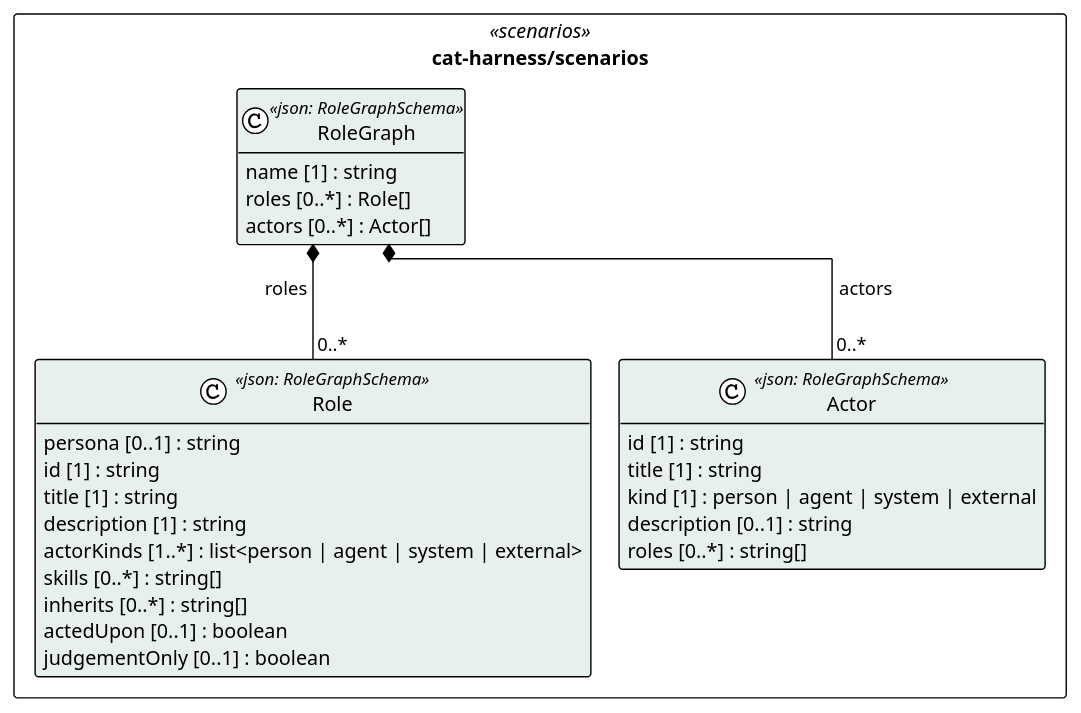
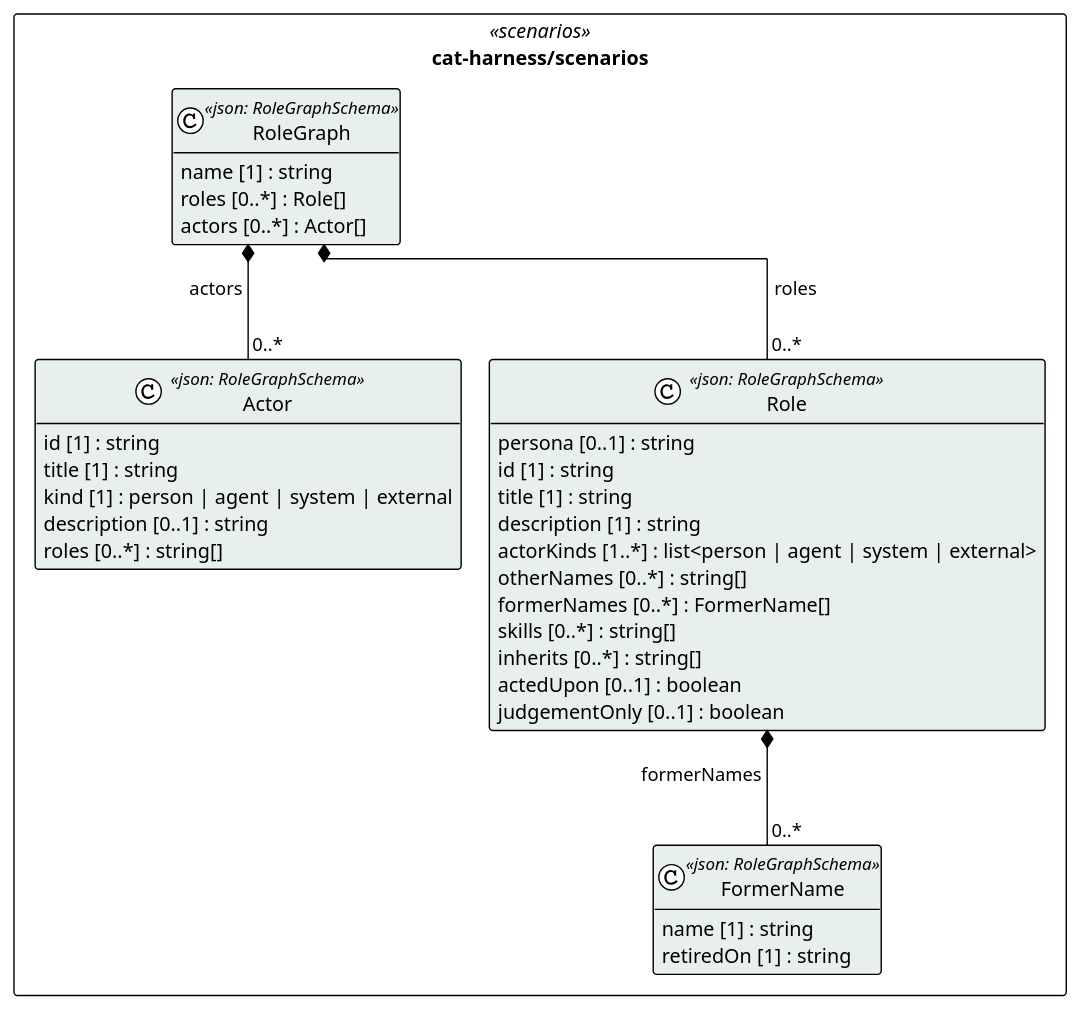
The diagram in cat-harness/uml/overview/cat-harness/scenarios.puml (litlfred/folio-assistant), drawn with PlantUML before and after one commit. The commit also changed 45 other files, not shown here.

First line of the commit message:
Roles carry their other and former names; bootstrap README shows them (owner, 2026-09-30)

```diff
--- a/cat-harness/uml/overview/cat-harness/scenarios.puml
+++ b/cat-harness/uml/overview/cat-harness/scenarios.puml
@@ -3,37 +3,44 @@
 @startuml cat_harness_scenarios
 !pragma layout elk
 !theme plain
 skinparam classAttributeIconSize 0
 skinparam shadowing false
 skinparam packageStyle rectangle
 hide empty methods
 
 package "cat-harness/scenarios" as pkg_cat_harness_scenarios <<scenarios>> {
+  class "FormerName" as cat_harness_scenarios_FormerName <<json: RoleGraphSchema>> #e8f0ee {
+    name [1] : string
+    retiredOn [1] : string
+  }
   class "Role" as cat_harness_scenarios_Role <<json: RoleGraphSchema>> #e8f0ee {
     persona [0..1] : string
     id [1] : string
     title [1] : string
     description [1] : string
     actorKinds [1..*] : list<person | agent | system | external>
+    otherNames [0..*] : string[]
+    formerNames [0..*] : FormerName[]
     skills [0..*] : string[]
     inherits [0..*] : string[]
     actedUpon [0..1] : boolean
     judgementOnly [0..1] : boolean
   }
   class "Actor" as cat_harness_scenarios_Actor <<json: RoleGraphSchema>> #e8f0ee {
     id [1] : string
     title [1] : string
     kind [1] : person | agent | system | external
     description [0..1] : string
     roles [0..*] : string[]
   }
   class "RoleGraph" as cat_harness_scenarios_RoleGraph <<json: RoleGraphSchema>> #e8f0ee {
     name [1] : string
     roles [0..*] : Role[]
     actors [0..*] : Actor[]
   }
 }
 
+cat_harness_scenarios_Role *-- "0..*" cat_harness_scenarios_FormerName : formerNames
 cat_harness_scenarios_RoleGraph *-- "0..*" cat_harness_scenarios_Role : roles
 cat_harness_scenarios_RoleGraph *-- "0..*" cat_harness_scenarios_Actor : actors
 @enduml
```
